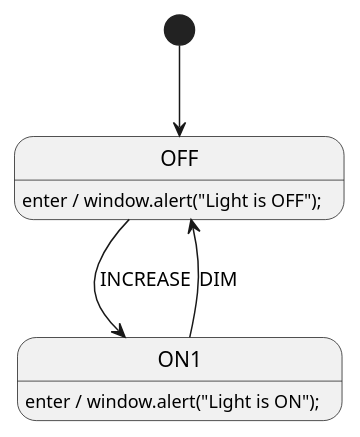
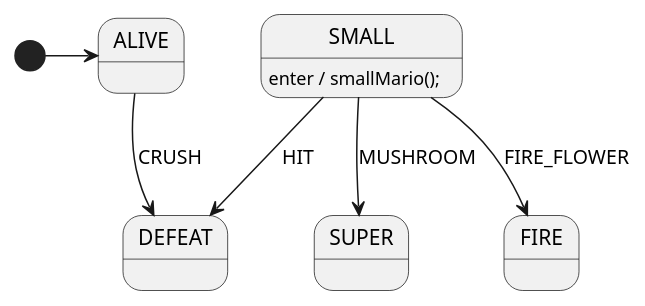
One commit to StateSmith/tutorial-3 changed the second of 3 diagrams in lesson-1/README.md. Above: the diagram before and after it, drawn with PlantUML. The commit also changed other lines of this file and 62 other files, not shown here.

````diff
--- a/lesson-1/README.md
+++ b/lesson-1/README.md
@@ -30,18 +97,12 @@
 ```plantuml
-@startuml MarioSm
-' Single line comments (like this) start with a single quote.
-' The name of the state machine is specified above.
+' Define the initial transition of state machine.
+[*] -> ALIVE
 
-' specify the initial transition
-[*] --> OFF
+' Transition to the DEFEAT state if crushed.
+ALIVE --> DEFEAT: CRUSH
 
-' specify behavior of OFF state
-OFF: enter / window.alert("Light is OFF");
-OFF --> ON1 : INCREASE
-
-' specify behavior of ON1 state
-ON1: enter / window.alert("Light is ON");
-ON1 --> OFF : DIM
-
-@enduml
+SMALL: enter / smallMario();
+SMALL --> SUPER: MUSHROOM
+SMALL --> FIRE: FIRE_FLOWER
+SMALL --> DEFEAT: HIT
 ```
````
